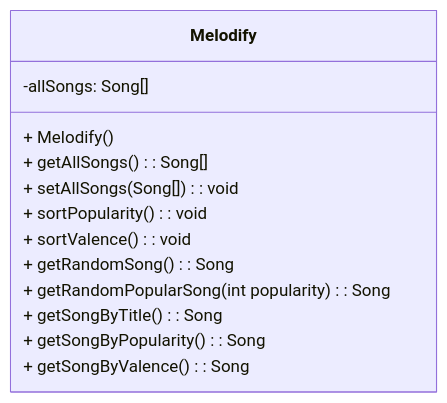
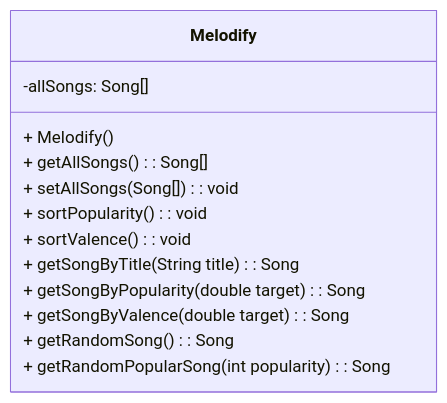
One commit to isf-dp-cs/isf-dp-cs.github.io changed the second of 2 diagrams in content/Java/topics/04_song/_index.md. Above: the diagram before and after it, drawn with Mermaid. The commit also changed other lines of this file, not shown here.

Commit message:
new sections of lab song

```diff
--- a/content/Java/topics/04_song/_index.md
+++ b/content/Java/topics/04_song/_index.md
@@ -90,17 +90,17 @@
 {{< mermaid >}}
 
 classDiagram
     class Melodify {
         -allSongs: Song[]
         + Melodify()
         + getAllSongs(): Song[]
         + setAllSongs(Song[]): void
         + sortPopularity(): void
         + sortValence(): void
+        + getSongByTitle(String title): Song
+        + getSongByPopularity(double target): Song
+        + getSongByValence(double target): Song
         + getRandomSong(): Song
         + getRandomPopularSong(int popularity): Song
-        + getSongByTitle(): Song
-        + getSongByPopularity(): Song
-        + getSongByValence(): Song
     }
 {{< /mermaid >}}
```
